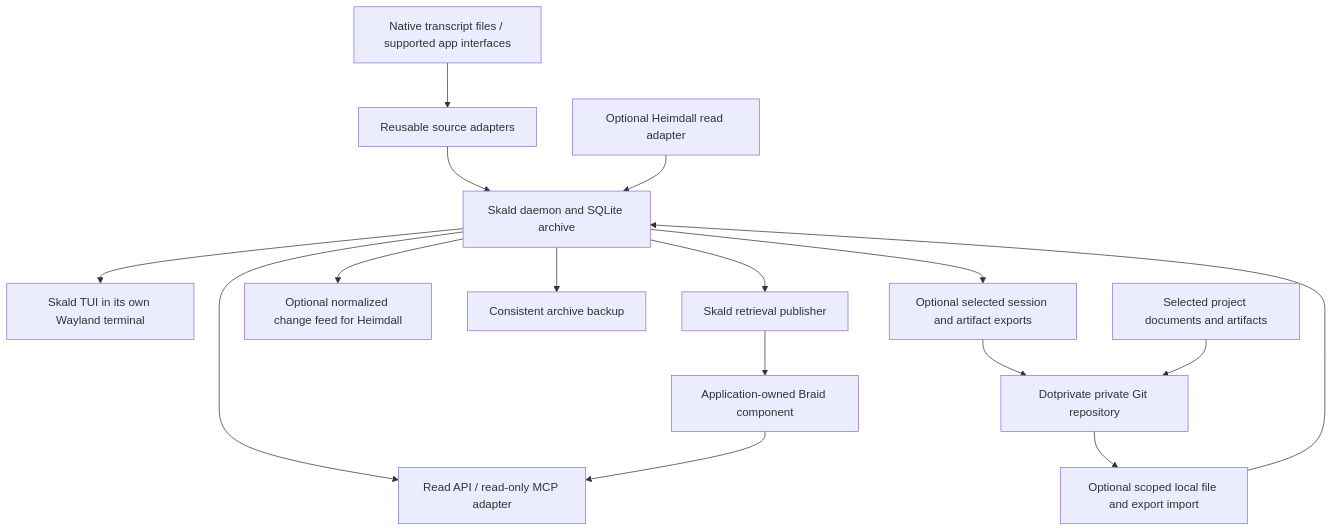
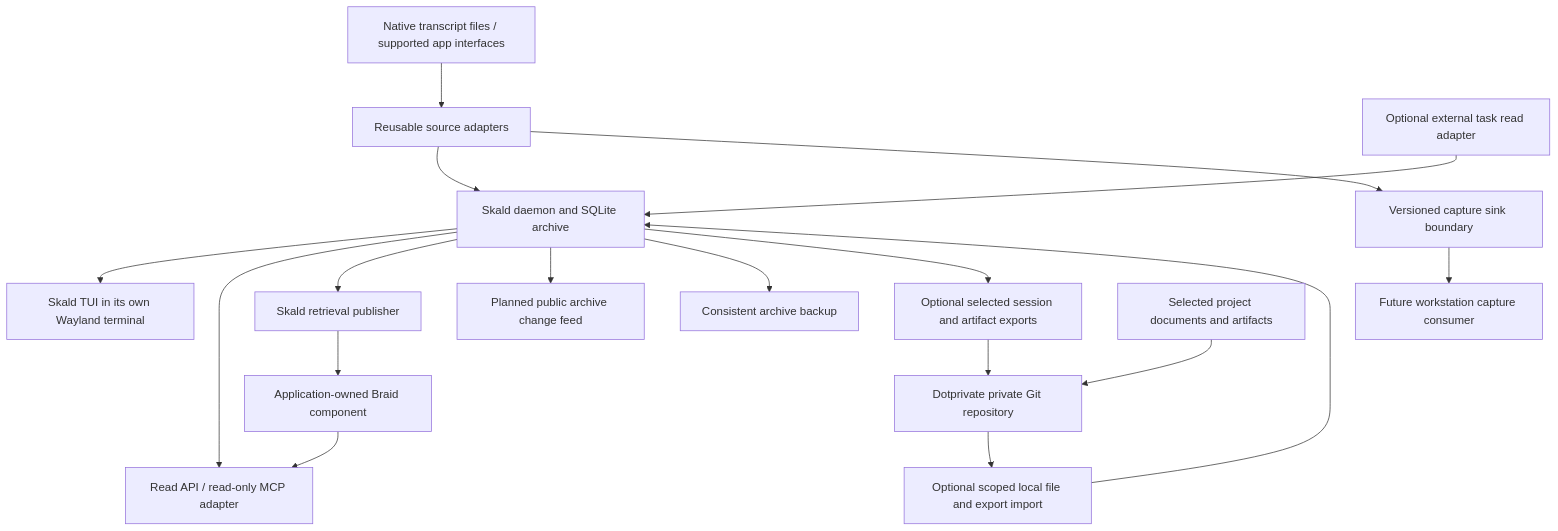
Before and after one commit to algorhythmic/skald: the diagram in SKALD-IMPLEMENTATION-PLAN.md, drawn with Mermaid. The commit also changed other lines of this file and 29 other files, not shown here.

Commit message:
Add capture delivery boundary and source health diagnostics

````diff
--- a/SKALD-IMPLEMENTATION-PLAN.md
+++ b/SKALD-IMPLEMENTATION-PLAN.md
@@ -142,18 +151,20 @@
 ```mermaid
 flowchart TD
     Native["Native transcript files / supported app interfaces"] --> Capture["Reusable source adapters"]
     Capture --> Store["Skald daemon and SQLite archive"]
     Store --> TUI["Skald TUI in its own Wayland terminal"]
     Store --> API["Read API / read-only MCP adapter"]
     Store --> Publisher["Skald retrieval publisher"]
     Publisher --> Braid["Application-owned Braid component"]
     Braid --> API
-    Heimdall["Optional Heimdall read adapter"] --> Store
-    Store --> Feed["Optional normalized change feed for Heimdall"]
+    Tasks["Optional external task read adapter"] --> Store
+    Capture --> Sink["Versioned capture sink boundary"]
+    Sink --> Consumer["Future workstation capture consumer"]
+    Store --> Feed["Planned public archive change feed"]
     Store --> Backup["Consistent archive backup"]
     Store --> Export["Optional selected session and artifact exports"]
     Export --> Dotprivate["Dotprivate private Git repository"]
     Docs["Selected project documents and artifacts"] --> Dotprivate
     Dotprivate --> Import["Optional scoped local file and export import"]
     Import --> Store
 ```
````
